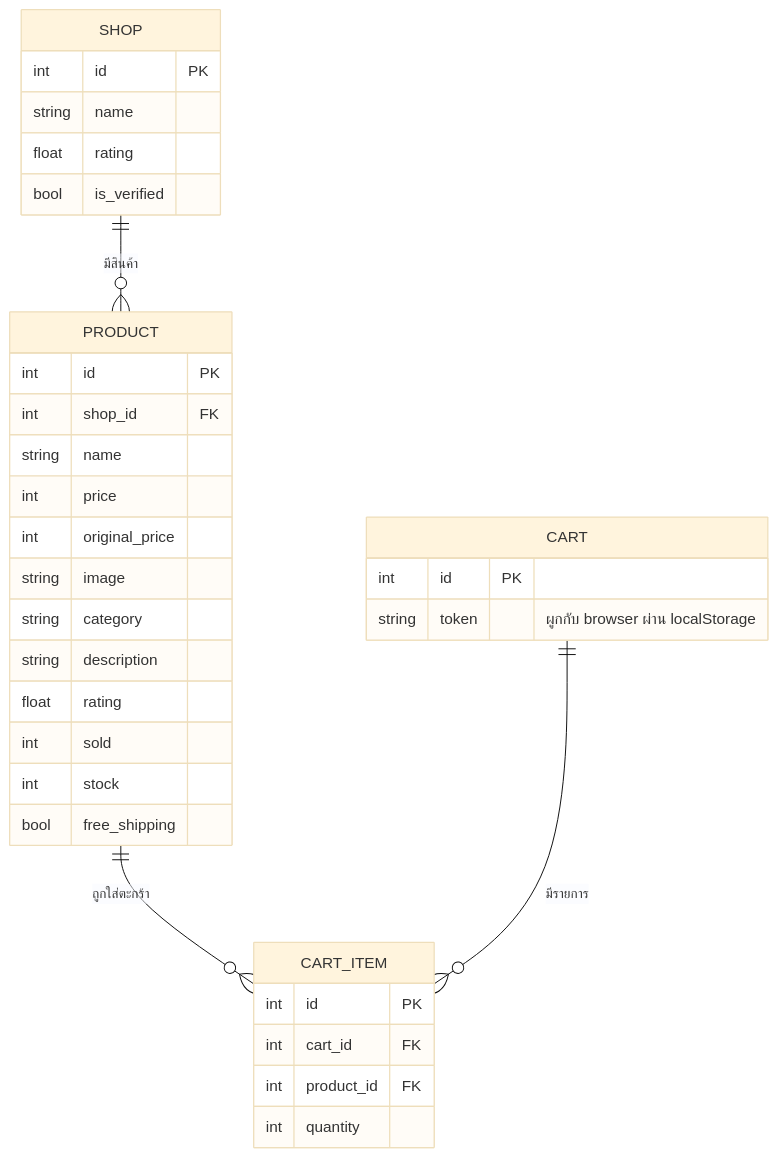
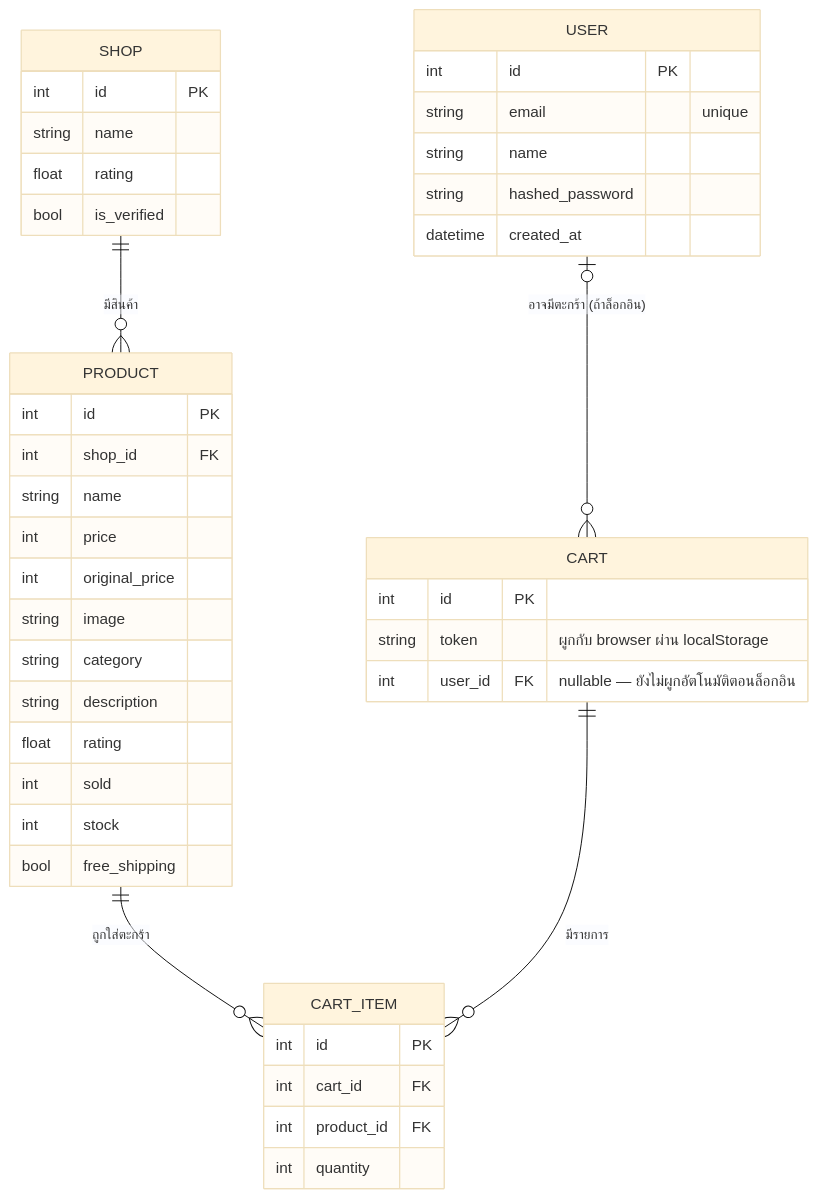
Before and after one commit to 67160209-Jilayu/web_ecommerce: the diagram in docs/er-diagram.md, drawn with Mermaid (base theme). The commit also changed other lines of this file and 17 other files, not shown here.

````diff
--- a/docs/er-diagram.md
+++ b/docs/er-diagram.md
@@ -8,40 +8,50 @@
 ```mermaid
 erDiagram
     SHOP ||--o{ PRODUCT : "มีสินค้า"
     PRODUCT ||--o{ CART_ITEM : "ถูกใส่ตะกร้า"
     CART ||--o{ CART_ITEM : "มีรายการ"
+    USER |o--o{ CART : "อาจมีตะกร้า (ถ้าล็อกอิน)"
 
     SHOP {
         int id PK
         string name
         float rating
         bool is_verified
     }
 
     PRODUCT {
         int id PK
         int shop_id FK
         string name
         int price
         int original_price
         string image
         string category
         string description
         float rating
         int sold
         int stock
         bool free_shipping
     }
 
+    USER {
+        int id PK
+        string email "unique"
+        string name
+        string hashed_password
+        datetime created_at
+    }
+
     CART {
         int id PK
         string token "ผูกกับ browser ผ่าน localStorage"
+        int user_id FK "nullable — ยังไม่ผูกอัตโนมัติตอนล็อกอิน"
     }
 
     CART_ITEM {
         int id PK
         int cart_id FK
         int product_id FK
         int quantity
     }
 ```
````
